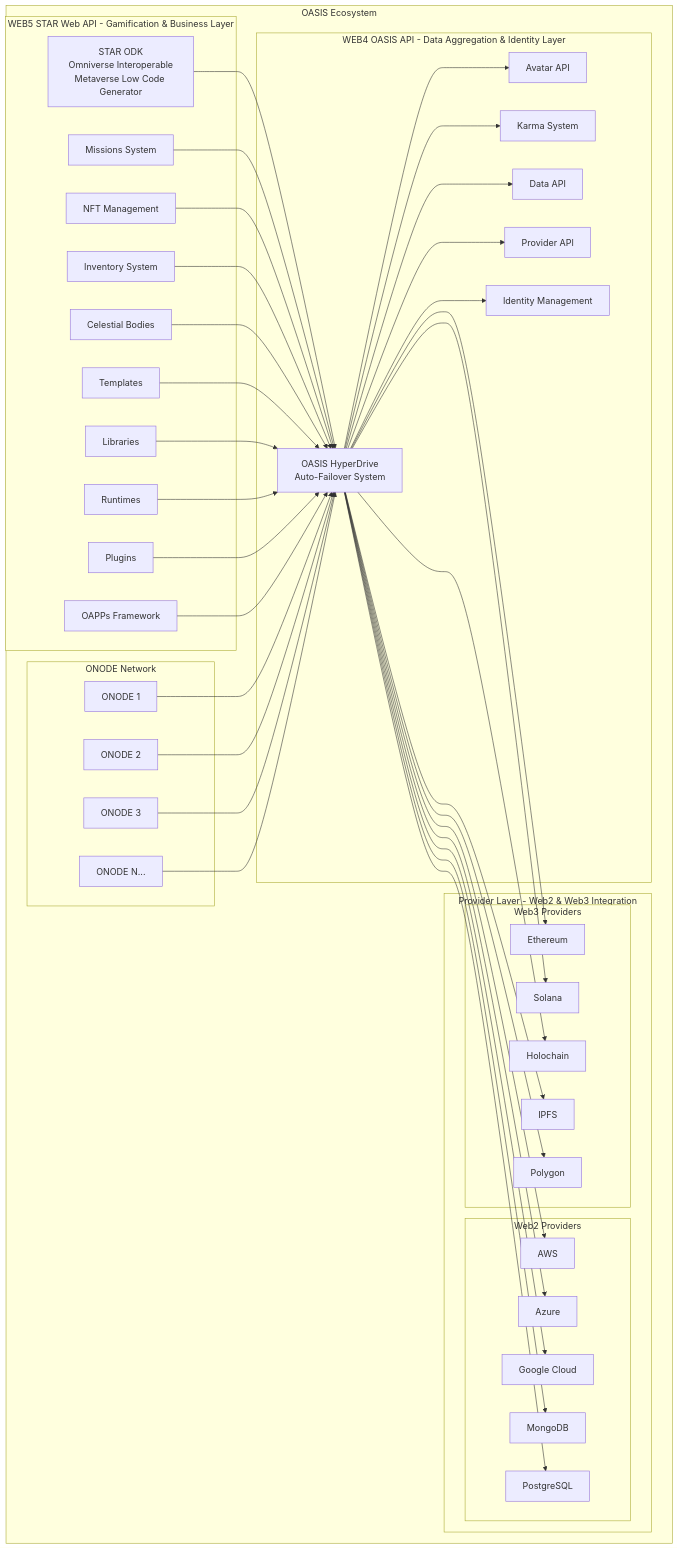
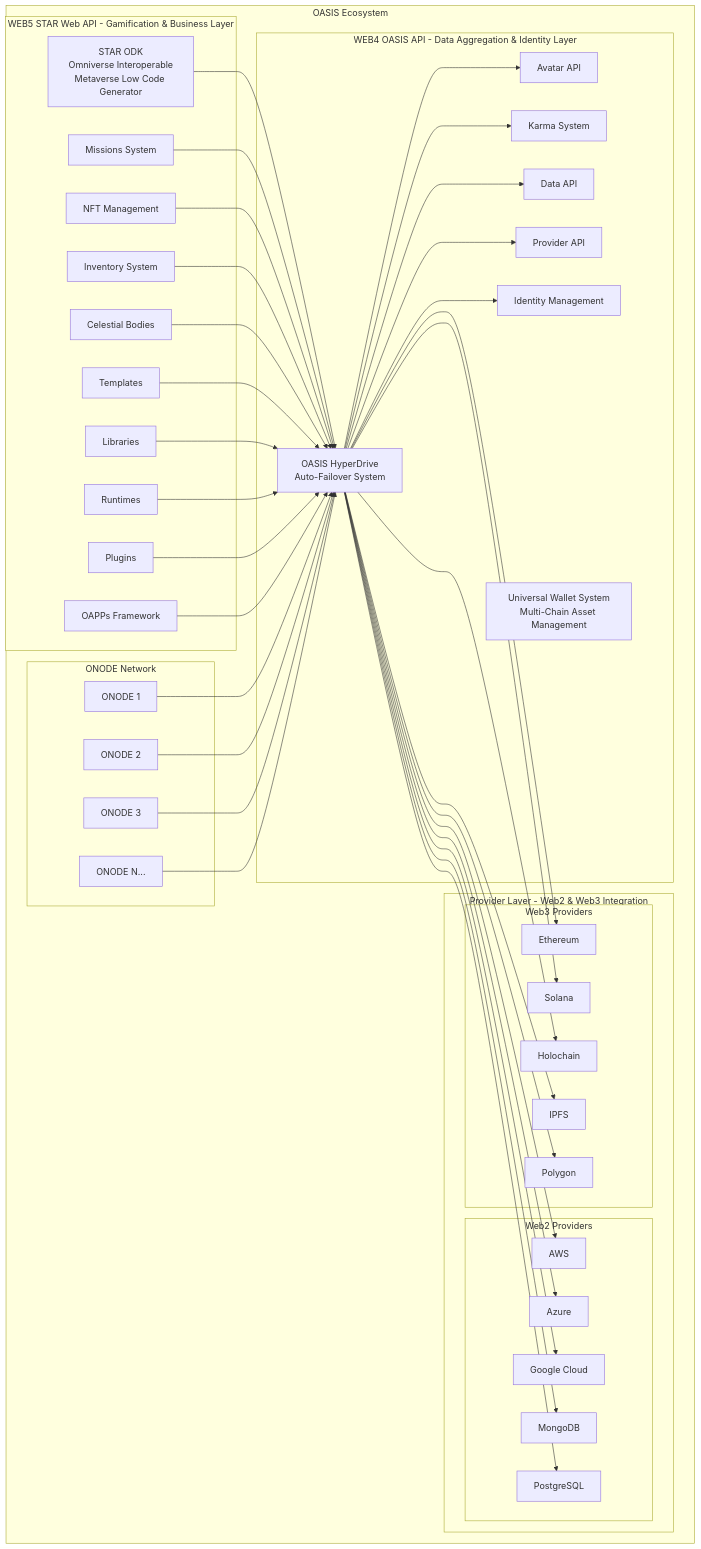
Before and after one commit to NextGenSoftwareUK/OASIS: the first of 15 diagrams in Docs/Devs/OASIS_ARCHITECTURE_DIAGRAMS.md, drawn with Mermaid. The commit also changed other lines of this file and 25 other files, not shown here.

```diff
--- a/Docs/Devs/OASIS_ARCHITECTURE_DIAGRAMS.md
+++ b/Docs/Devs/OASIS_ARCHITECTURE_DIAGRAMS.md
@@ -25,6 +25,7 @@
             DATA[Data API]
             PROVIDER[Provider API]
             IDENTITY[Identity Management]
+            WALLET[Universal Wallet System<br/>Multi-Chain Asset Management]
         end
         
         subgraph "Provider Layer - Web2 & Web3 Integration"
```
